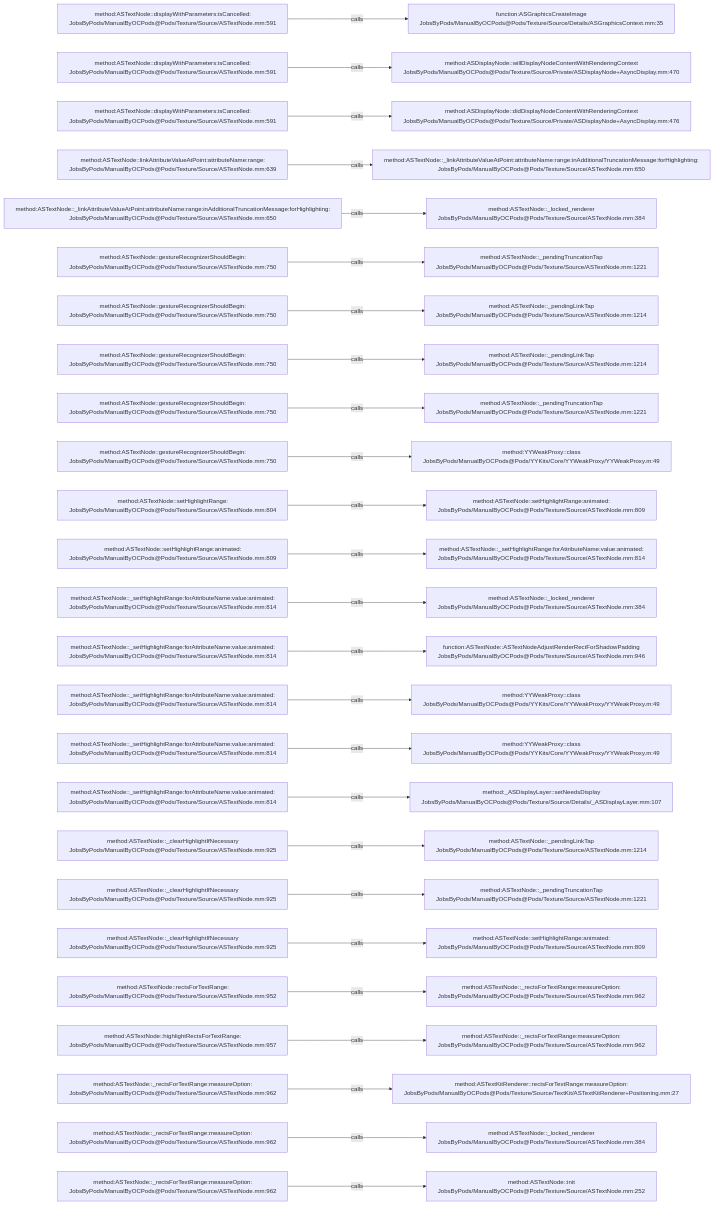
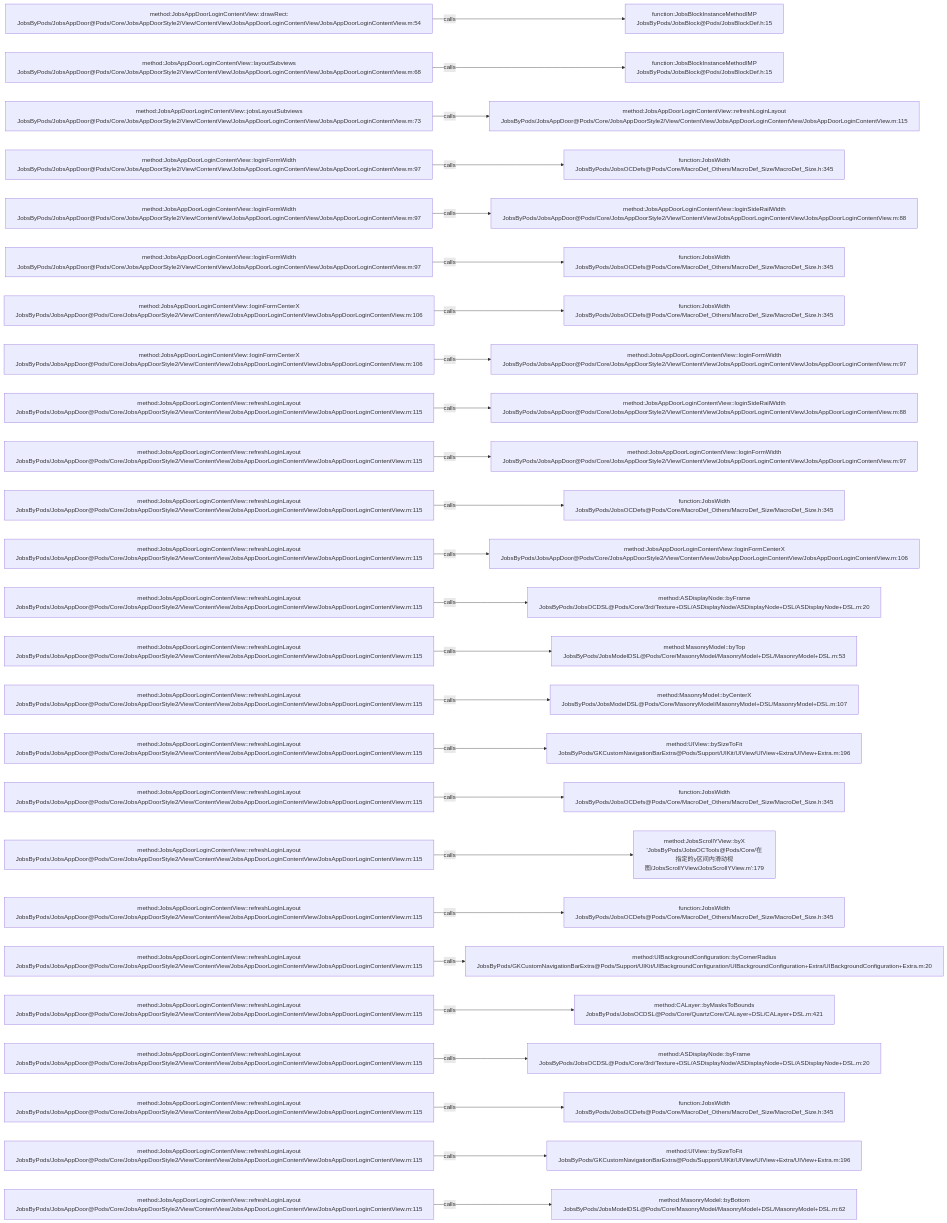
Before and after one commit to JobsKits/JobsOCBaseConfigDemo: the diagram in .codegraph/codegraph.md/graphs/calls-120.md, drawn with Mermaid. The commit also changed 768 other files, not shown here.

````diff
--- a/.codegraph/codegraph.md/graphs/calls-120.md
+++ b/.codegraph/codegraph.md/graphs/calls-120.md
@@ -13,78 +13,78 @@
 ```mermaid
 flowchart LR
-  S1["method:ASTextNode::displayWithParameters:isCancelled:<br/>JobsByPods/ManualByOCPods@Pods/Texture/Source/ASTextNode.mm:591"]
-  T1["function:ASGraphicsCreateImage<br/>JobsByPods/ManualByOCPods@Pods/Texture/Source/Details/ASGraphicsContext.mm:35"]
+  S1["method:JobsAppDoorLoginContentView::drawRect:<br/>JobsByPods/JobsAppDoor@Pods/Core/JobsAppDoorStyle2/View/ContentView/JobsAppDoorLoginContentView/JobsAppDoorLoginContentView.m:54"]
+  T1["function:JobsBlockInstanceMethodIMP<br/>JobsByPods/JobsBlock@Pods/JobsBlockDef.h:15"]
   S1 -->|calls| T1
-  S2["method:ASTextNode::displayWithParameters:isCancelled:<br/>JobsByPods/ManualByOCPods@Pods/Texture/Source/ASTextNode.mm:591"]
-  T2["method:ASDisplayNode::willDisplayNodeContentWithRenderingContext<br/>JobsByPods/ManualByOCPods@Pods/Texture/Source/Private/ASDisplayNode+AsyncDisplay.mm:470"]
+  S2["method:JobsAppDoorLoginContentView::layoutSubviews<br/>JobsByPods/JobsAppDoor@Pods/Core/JobsAppDoorStyle2/View/ContentView/JobsAppDoorLoginContentView/JobsAppDoorLoginContentView.m:68"]
+  T2["function:JobsBlockInstanceMethodIMP<br/>JobsByPods/JobsBlock@Pods/JobsBlockDef.h:15"]
   S2 -->|calls| T2
-  S3["method:ASTextNode::displayWithParameters:isCancelled:<br/>JobsByPods/ManualByOCPods@Pods/Texture/Source/ASTextNode.mm:591"]
-  T3["method:ASDisplayNode::didDisplayNodeContentWithRenderingContext<br/>JobsByPods/ManualByOCPods@Pods/Texture/Source/Private/ASDisplayNode+AsyncDisplay.mm:476"]
+  S3["method:JobsAppDoorLoginContentView::jobsLayoutSubviews<br/>JobsByPods/JobsAppDoor@Pods/Core/JobsAppDoorStyle2/View/ContentView/JobsAppDoorLoginContentView/JobsAppDoorLoginContentView.m:73"]
+  T3["method:JobsAppDoorLoginContentView::refreshLoginLayout<br/>JobsByPods/JobsAppDoor@Pods/Core/JobsAppDoorStyle2/View/ContentView/JobsAppDoorLoginContentView/JobsAppDoorLoginContentView.m:115"]
   S3 -->|calls| T3
-  S4["method:ASTextNode::linkAttributeValueAtPoint:attributeName:range:<br/>JobsByPods/ManualByOCPods@Pods/Texture/Source/ASTextNode.mm:639"]
-  T4["method:ASTextNode::_linkAttributeValueAtPoint:attributeName:range:inAdditionalTruncationMessage:forHighlighting:<br/>JobsByPods/ManualByOCPods@Pods/Texture/Source/ASTextNode.mm:650"]
+  S4["method:JobsAppDoorLoginContentView::loginFormWidth<br/>JobsByPods/JobsAppDoor@Pods/Core/JobsAppDoorStyle2/View/ContentView/JobsAppDoorLoginContentView/JobsAppDoorLoginContentView.m:97"]
+  T4["function:JobsWidth<br/>JobsByPods/JobsOCDefs@Pods/Core/MacroDef_Others/MacroDef_Size/MacroDef_Size.h:345"]
   S4 -->|calls| T4
-  S5["method:ASTextNode::_linkAttributeValueAtPoint:attributeName:range:inAdditionalTruncationMessage:forHighlighting:<br/>JobsByPods/ManualByOCPods@Pods/Texture/Source/ASTextNode.mm:650"]
-  T5["method:ASTextNode::_locked_renderer<br/>JobsByPods/ManualByOCPods@Pods/Texture/Source/ASTextNode.mm:384"]
+  S5["method:JobsAppDoorLoginContentView::loginFormWidth<br/>JobsByPods/JobsAppDoor@Pods/Core/JobsAppDoorStyle2/View/ContentView/JobsAppDoorLoginContentView/JobsAppDoorLoginContentView.m:97"]
+  T5["method:JobsAppDoorLoginContentView::loginSideRailWidth<br/>JobsByPods/JobsAppDoor@Pods/Core/JobsAppDoorStyle2/View/ContentView/JobsAppDoorLoginContentView/JobsAppDoorLoginContentView.m:88"]
   S5 -->|calls| T5
-  S6["method:ASTextNode::gestureRecognizerShouldBegin:<br/>JobsByPods/ManualByOCPods@Pods/Texture/Source/ASTextNode.mm:750"]
-  T6["method:ASTextNode::_pendingTruncationTap<br/>JobsByPods/ManualByOCPods@Pods/Texture/Source/ASTextNode.mm:1221"]
+  S6["method:JobsAppDoorLoginContentView::loginFormWidth<br/>JobsByPods/JobsAppDoor@Pods/Core/JobsAppDoorStyle2/View/ContentView/JobsAppDoorLoginContentView/JobsAppDoorLoginContentView.m:97"]
+  T6["function:JobsWidth<br/>JobsByPods/JobsOCDefs@Pods/Core/MacroDef_Others/MacroDef_Size/MacroDef_Size.h:345"]
   S6 -->|calls| T6
-  S7["method:ASTextNode::gestureRecognizerShouldBegin:<br/>JobsByPods/ManualByOCPods@Pods/Texture/Source/ASTextNode.mm:750"]
-  T7["method:ASTextNode::_pendingLinkTap<br/>JobsByPods/ManualByOCPods@Pods/Texture/Source/ASTextNode.mm:1214"]
+  S7["method:JobsAppDoorLoginContentView::loginFormCenterX<br/>JobsByPods/JobsAppDoor@Pods/Core/JobsAppDoorStyle2/View/ContentView/JobsAppDoorLoginContentView/JobsAppDoorLoginContentView.m:106"]
+  T7["function:JobsWidth<br/>JobsByPods/JobsOCDefs@Pods/Core/MacroDef_Others/MacroDef_Size/MacroDef_Size.h:345"]
   S7 -->|calls| T7
-  S8["method:ASTextNode::gestureRecognizerShouldBegin:<br/>JobsByPods/ManualByOCPods@Pods/Texture/Source/ASTextNode.mm:750"]
-  T8["method:ASTextNode::_pendingLinkTap<br/>JobsByPods/ManualByOCPods@Pods/Texture/Source/ASTextNode.mm:1214"]
+  S8["method:JobsAppDoorLoginContentView::loginFormCenterX<br/>JobsByPods/JobsAppDoor@Pods/Core/JobsAppDoorStyle2/View/ContentView/JobsAppDoorLoginContentView/JobsAppDoorLoginContentView.m:106"]
+  T8["method:JobsAppDoorLoginContentView::loginFormWidth<br/>JobsByPods/JobsAppDoor@Pods/Core/JobsAppDoorStyle2/View/ContentView/JobsAppDoorLoginContentView/JobsAppDoorLoginContentView.m:97"]
   S8 -->|calls| T8
-  S9["method:ASTextNode::gestureRecognizerShouldBegin:<br/>JobsByPods/ManualByOCPods@Pods/Texture/Source/ASTextNode.mm:750"]
-  T9["method:ASTextNode::_pendingTruncationTap<br/>JobsByPods/ManualByOCPods@Pods/Texture/Source/ASTextNode.mm:1221"]
+  S9["method:JobsAppDoorLoginContentView::refreshLoginLayout<br/>JobsByPods/JobsAppDoor@Pods/Core/JobsAppDoorStyle2/View/ContentView/JobsAppDoorLoginContentView/JobsAppDoorLoginContentView.m:115"]
+  T9["method:JobsAppDoorLoginContentView::loginSideRailWidth<br/>JobsByPods/JobsAppDoor@Pods/Core/JobsAppDoorStyle2/View/ContentView/JobsAppDoorLoginContentView/JobsAppDoorLoginContentView.m:88"]
   S9 -->|calls| T9
-  S10["method:ASTextNode::gestureRecognizerShouldBegin:<br/>JobsByPods/ManualByOCPods@Pods/Texture/Source/ASTextNode.mm:750"]
-  T10["method:YYWeakProxy::class<br/>JobsByPods/ManualByOCPods@Pods/YYKits/Core/YYWeakProxy/YYWeakProxy.m:49"]
+  S10["method:JobsAppDoorLoginContentView::refreshLoginLayout<br/>JobsByPods/JobsAppDoor@Pods/Core/JobsAppDoorStyle2/View/ContentView/JobsAppDoorLoginContentView/JobsAppDoorLoginContentView.m:115"]
+  T10["method:JobsAppDoorLoginContentView::loginFormWidth<br/>JobsByPods/JobsAppDoor@Pods/Core/JobsAppDoorStyle2/View/ContentView/JobsAppDoorLoginContentView/JobsAppDoorLoginContentView.m:97"]
   S10 -->|calls| T10
-  S11["method:ASTextNode::setHighlightRange:<br/>JobsByPods/ManualByOCPods@Pods/Texture/Source/ASTextNode.mm:804"]
-  T11["method:ASTextNode::setHighlightRange:animated:<br/>JobsByPods/ManualByOCPods@Pods/Texture/Source/ASTextNode.mm:809"]
+  S11["method:JobsAppDoorLoginContentView::refreshLoginLayout<br/>JobsByPods/JobsAppDoor@Pods/Core/JobsAppDoorStyle2/View/ContentView/JobsAppDoorLoginContentView/JobsAppDoorLoginContentView.m:115"]
+  T11["function:JobsWidth<br/>JobsByPods/JobsOCDefs@Pods/Core/MacroDef_Others/MacroDef_Size/MacroDef_Size.h:345"]
   S11 -->|calls| T11
-  S12["method:ASTextNode::setHighlightRange:animated:<br/>JobsByPods/ManualByOCPods@Pods/Texture/Source/ASTextNode.mm:809"]
-  T12["method:ASTextNode::_setHighlightRange:forAttributeName:value:animated:<br/>JobsByPods/ManualByOCPods@Pods/Texture/Source/ASTextNode.mm:814"]
+  S12["method:JobsAppDoorLoginContentView::refreshLoginLayout<br/>JobsByPods/JobsAppDoor@Pods/Core/JobsAppDoorStyle2/View/ContentView/JobsAppDoorLoginContentView/JobsAppDoorLoginContentView.m:115"]
+  T12["method:JobsAppDoorLoginContentView::loginFormCenterX<br/>JobsByPods/JobsAppDoor@Pods/Core/JobsAppDoorStyle2/View/ContentView/JobsAppDoorLoginContentView/JobsAppDoorLoginContentView.m:106"]
   S12 -->|calls| T12
-  S13["method:ASTextNode::_setHighlightRange:forAttributeName:value:animated:<br/>JobsByPods/ManualByOCPods@Pods/Texture/Source/ASTextNode.mm:814"]
-  T13["method:ASTextNode::_locked_renderer<br/>JobsByPods/ManualByOCPods@Pods/Texture/Source/ASTextNode.mm:384"]
+  S13["method:JobsAppDoorLoginContentView::refreshLoginLayout<br/>JobsByPods/JobsAppDoor@Pods/Core/JobsAppDoorStyle2/View/ContentView/JobsAppDoorLoginContentView/JobsAppDoorLoginContentView.m:115"]
+  T13["method:ASDisplayNode::byFrame<br/>JobsByPods/JobsOCDSL@Pods/Core/3rd/Texture+DSL/ASDisplayNode/ASDisplayNode+DSL/ASDisplayNode+DSL.m:20"]
   S13 -->|calls| T13
-  S14["method:ASTextNode::_setHighlightRange:forAttributeName:value:animated:<br/>JobsByPods/ManualByOCPods@Pods/Texture/Source/ASTextNode.mm:814"]
-  T14["function:ASTextNode::ASTextNodeAdjustRenderRectForShadowPadding<br/>JobsByPods/ManualByOCPods@Pods/Texture/Source/ASTextNode.mm:946"]
+  S14["method:JobsAppDoorLoginContentView::refreshLoginLayout<br/>JobsByPods/JobsAppDoor@Pods/Core/JobsAppDoorStyle2/View/ContentView/JobsAppDoorLoginContentView/JobsAppDoorLoginContentView.m:115"]
+  T14["method:MasonryModel::byTop<br/>JobsByPods/JobsModelDSL@Pods/Core/MasonryModel/MasonryModel+DSL/MasonryModel+DSL.m:53"]
   S14 -->|calls| T14
-  S15["method:ASTextNode::_setHighlightRange:forAttributeName:value:animated:<br/>JobsByPods/ManualByOCPods@Pods/Texture/Source/ASTextNode.mm:814"]
-  T15["method:YYWeakProxy::class<br/>JobsByPods/ManualByOCPods@Pods/YYKits/Core/YYWeakProxy/YYWeakProxy.m:49"]
+  S15["method:JobsAppDoorLoginContentView::refreshLoginLayout<br/>JobsByPods/JobsAppDoor@Pods/Core/JobsAppDoorStyle2/View/ContentView/JobsAppDoorLoginContentView/JobsAppDoorLoginContentView.m:115"]
+  T15["method:MasonryModel::byCenterX<br/>JobsByPods/JobsModelDSL@Pods/Core/MasonryModel/MasonryModel+DSL/MasonryModel+DSL.m:107"]
   S15 -->|calls| T15
-  S16["method:ASTextNode::_setHighlightRange:forAttributeName:value:animated:<br/>JobsByPods/ManualByOCPods@Pods/Texture/Source/ASTextNode.mm:814"]
-  T16["method:YYWeakProxy::class<br/>JobsByPods/ManualByOCPods@Pods/YYKits/Core/YYWeakProxy/YYWeakProxy.m:49"]
+  S16["method:JobsAppDoorLoginContentView::refreshLoginLayout<br/>JobsByPods/JobsAppDoor@Pods/Core/JobsAppDoorStyle2/View/ContentView/JobsAppDoorLoginContentView/JobsAppDoorLoginContentView.m:115"]
+  T16["method:UIView::bySizeToFit<br/>JobsByPods/GKCustomNavigationBarExtra@Pods/Support/UIKit/UIView/UIView+Extra/UIView+Extra.m:196"]
   S16 -->|calls| T16
-  S17["method:ASTextNode::_setHighlightRange:forAttributeName:value:animated:<br/>JobsByPods/ManualByOCPods@Pods/Texture/Source/ASTextNode.mm:814"]
-  T17["method:_ASDisplayLayer::setNeedsDisplay<br/>JobsByPods/ManualByOCPods@Pods/Texture/Source/Details/_ASDisplayLayer.mm:107"]
+  S17["method:JobsAppDoorLoginContentView::refreshLoginLayout<br/>JobsByPods/JobsAppDoor@Pods/Core/JobsAppDoorStyle2/View/ContentView/JobsAppDoorLoginContentView/JobsAppDoorLoginContentView.m:115"]
+  T17["function:JobsWidth<br/>JobsByPods/JobsOCDefs@Pods/Core/MacroDef_Others/MacroDef_Size/MacroDef_Size.h:345"]
   S17 -->|calls| T17
-  S18["method:ASTextNode::_clearHighlightIfNecessary<br/>JobsByPods/ManualByOCPods@Pods/Texture/Source/ASTextNode.mm:925"]
-  T18["method:ASTextNode::_pendingLinkTap<br/>JobsByPods/ManualByOCPods@Pods/Texture/Source/ASTextNode.mm:1214"]
+  S18["method:JobsAppDoorLoginContentView::refreshLoginLayout<br/>JobsByPods/JobsAppDoor@Pods/Core/JobsAppDoorStyle2/View/ContentView/JobsAppDoorLoginContentView/JobsAppDoorLoginContentView.m:115"]
+  T18["method:JobsScrollYView::byX<br/>'JobsByPods/JobsOCTools@Pods/Core/在指定的y区间内滑动视图/JobsScrollYView/JobsScrollYView.m':179"]
   S18 -->|calls| T18
-  S19["method:ASTextNode::_clearHighlightIfNecessary<br/>JobsByPods/ManualByOCPods@Pods/Texture/Source/ASTextNode.mm:925"]
-  T19["method:ASTextNode::_pendingTruncationTap<br/>JobsByPods/ManualByOCPods@Pods/Texture/Source/ASTextNode.mm:1221"]
+  S19["method:JobsAppDoorLoginContentView::refreshLoginLayout<br/>JobsByPods/JobsAppDoor@Pods/Core/JobsAppDoorStyle2/View/ContentView/JobsAppDoorLoginContentView/JobsAppDoorLoginContentView.m:115"]
+  T19["function:JobsWidth<br/>JobsByPods/JobsOCDefs@Pods/Core/MacroDef_Others/MacroDef_Size/MacroDef_Size.h:345"]
   S19 -->|calls| T19
-  S20["method:ASTextNode::_clearHighlightIfNecessary<br/>JobsByPods/ManualByOCPods@Pods/Texture/Source/ASTextNode.mm:925"]
-  T20["method:ASTextNode::setHighlightRange:animated:<br/>JobsByPods/ManualByOCPods@Pods/Texture/Source/ASTextNode.mm:809"]
+  S20["method:JobsAppDoorLoginContentView::refreshLoginLayout<br/>JobsByPods/JobsAppDoor@Pods/Core/JobsAppDoorStyle2/View/ContentView/JobsAppDoorLoginContentView/JobsAppDoorLoginContentView.m:115"]
+  T20["method:UIBackgroundConfiguration::byCornerRadius<br/>JobsByPods/GKCustomNavigationBarExtra@Pods/Support/UIKit/UIBackgroundConfiguration/UIBackgroundConfiguration+Extra/UIBackgroundConfiguration+Extra.m:20"]
   S20 -->|calls| T20
-  S21["method:ASTextNode::rectsForTextRange:<br/>JobsByPods/ManualByOCPods@Pods/Texture/Source/ASTextNode.mm:952"]
-  T21["method:ASTextNode::_rectsForTextRange:measureOption:<br/>JobsByPods/ManualByOCPods@Pods/Texture/Source/ASTextNode.mm:962"]
+  S21["method:JobsAppDoorLoginContentView::refreshLoginLayout<br/>JobsByPods/JobsAppDoor@Pods/Core/JobsAppDoorStyle2/View/ContentView/JobsAppDoorLoginContentView/JobsAppDoorLoginContentView.m:115"]
+  T21["method:CALayer::byMasksToBounds<br/>JobsByPods/JobsOCDSL@Pods/Core/QuartzCore/CALayer+DSL/CALayer+DSL.m:421"]
   S21 -->|calls| T21
-  S22["method:ASTextNode::highlightRectsForTextRange:<br/>JobsByPods/ManualByOCPods@Pods/Texture/Source/ASTextNode.mm:957"]
-  T22["method:ASTextNode::_rectsForTextRange:measureOption:<br/>JobsByPods/ManualByOCPods@Pods/Texture/Source/ASTextNode.mm:962"]
+  S22["method:JobsAppDoorLoginContentView::refreshLoginLayout<br/>JobsByPods/JobsAppDoor@Pods/Core/JobsAppDoorStyle2/View/ContentView/JobsAppDoorLoginContentView/JobsAppDoorLoginContentView.m:115"]
+  T22["method:ASDisplayNode::byFrame<br/>JobsByPods/JobsOCDSL@Pods/Core/3rd/Texture+DSL/ASDisplayNode/ASDisplayNode+DSL/ASDisplayNode+DSL.m:20"]
   S22 -->|calls| T22
-  S23["method:ASTextNode::_rectsForTextRange:measureOption:<br/>JobsByPods/ManualByOCPods@Pods/Texture/Source/ASTextNode.mm:962"]
-  T23["method:ASTextKitRenderer::rectsForTextRange:measureOption:<br/>JobsByPods/ManualByOCPods@Pods/Texture/Source/TextKit/ASTextKitRenderer+Positioning.mm:27"]
+  S23["method:JobsAppDoorLoginContentView::refreshLoginLayout<br/>JobsByPods/JobsAppDoor@Pods/Core/JobsAppDoorStyle2/View/ContentView/JobsAppDoorLoginContentView/JobsAppDoorLoginContentView.m:115"]
+  T23["function:JobsWidth<br/>JobsByPods/JobsOCDefs@Pods/Core/MacroDef_Others/MacroDef_Size/MacroDef_Size.h:345"]
   S23 -->|calls| T23
-  S24["method:ASTextNode::_rectsForTextRange:measureOption:<br/>JobsByPods/ManualByOCPods@Pods/Texture/Source/ASTextNode.mm:962"]
-  T24["method:ASTextNode::_locked_renderer<br/>JobsByPods/ManualByOCPods@Pods/Texture/Source/ASTextNode.mm:384"]
+  S24["method:JobsAppDoorLoginContentView::refreshLoginLayout<br/>JobsByPods/JobsAppDoor@Pods/Core/JobsAppDoorStyle2/View/ContentView/JobsAppDoorLoginContentView/JobsAppDoorLoginContentView.m:115"]
+  T24["method:UIView::bySizeToFit<br/>JobsByPods/GKCustomNavigationBarExtra@Pods/Support/UIKit/UIView/UIView+Extra/UIView+Extra.m:196"]
   S24 -->|calls| T24
-  S25["method:ASTextNode::_rectsForTextRange:measureOption:<br/>JobsByPods/ManualByOCPods@Pods/Texture/Source/ASTextNode.mm:962"]
-  T25["method:ASTextNode::init<br/>JobsByPods/ManualByOCPods@Pods/Texture/Source/ASTextNode.mm:252"]
+  S25["method:JobsAppDoorLoginContentView::refreshLoginLayout<br/>JobsByPods/JobsAppDoor@Pods/Core/JobsAppDoorStyle2/View/ContentView/JobsAppDoorLoginContentView/JobsAppDoorLoginContentView.m:115"]
+  T25["method:MasonryModel::byBottom<br/>JobsByPods/JobsModelDSL@Pods/Core/MasonryModel/MasonryModel+DSL/MasonryModel+DSL.m:62"]
   S25 -->|calls| T25
 ```
````
